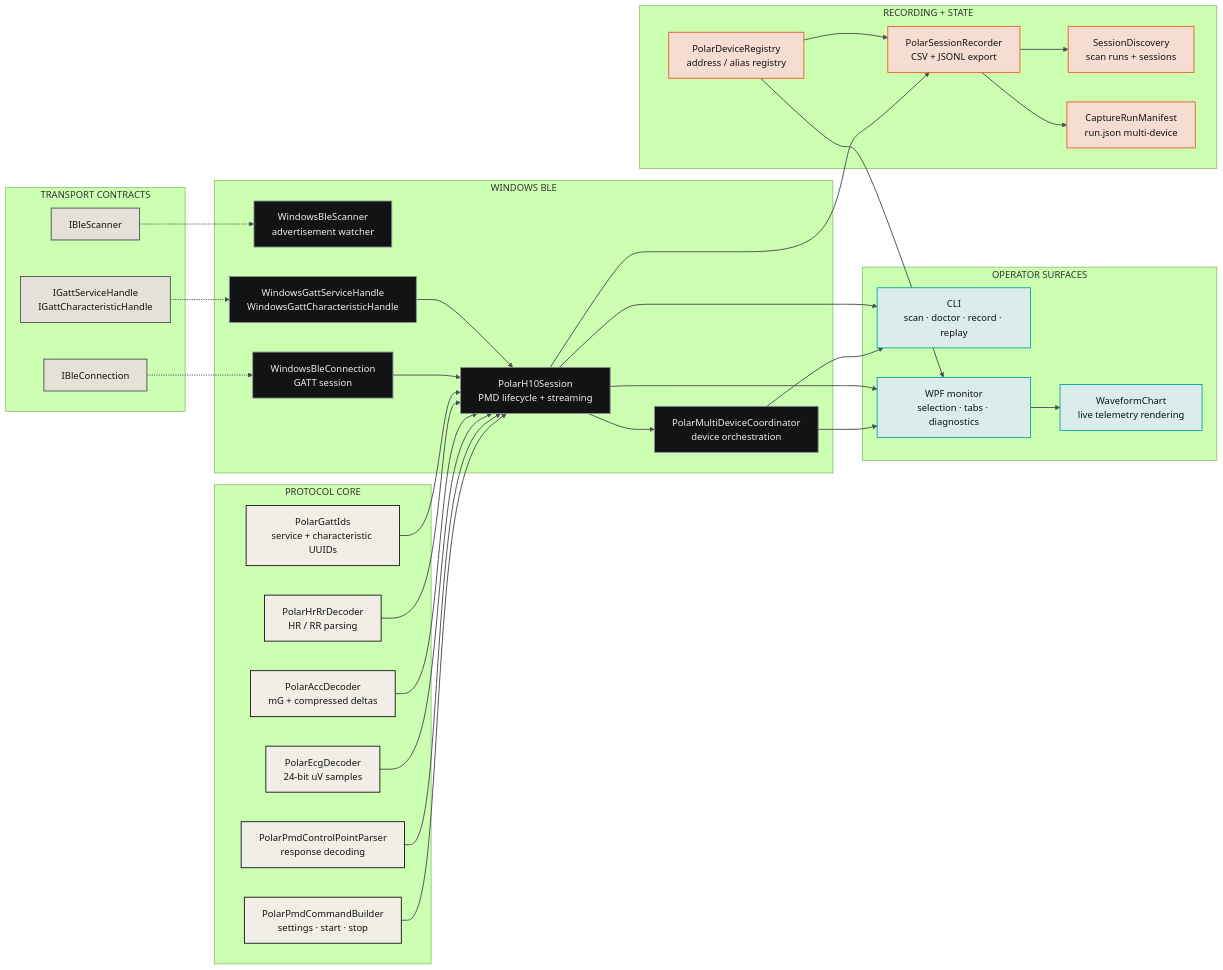
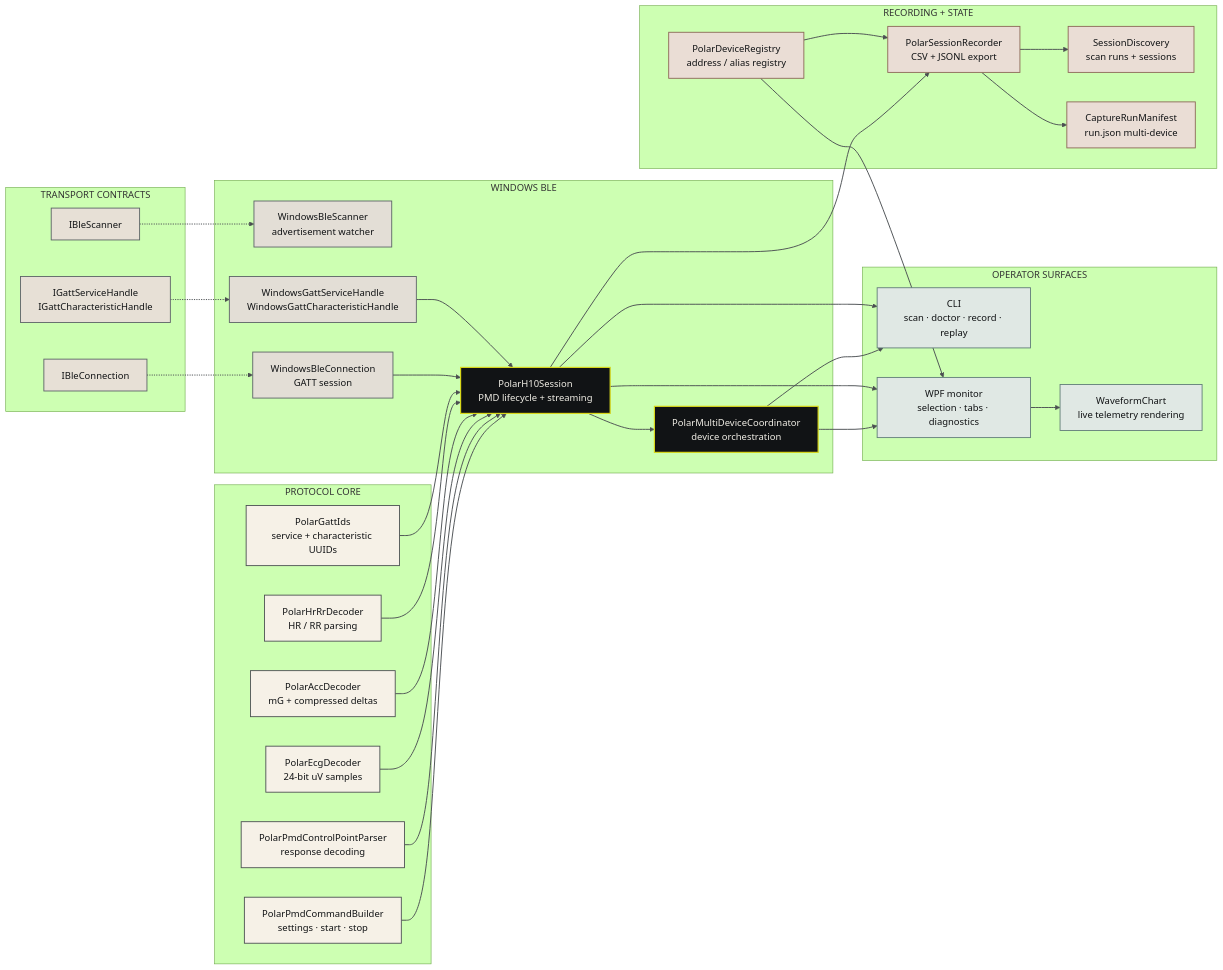
Before and after one commit to MesmerPrism/PolarH10: the diagram in docs/diagrams/code-architecture.mmd, drawn with Mermaid (forest theme). The commit also changed 11 other files, not shown here.

Commit message:
Soften Mermaid palette and viewer backgrounds

```diff
--- a/docs/diagrams/code-architecture.mmd
+++ b/docs/diagrams/code-architecture.mmd
@@ -1,74 +1,76 @@
 %% Code architecture - subsystem level.
 %% Optimized for Pages viewer and GitHub README rendering.
 
 flowchart LR
     subgraph Protocol["PROTOCOL CORE"]
         EC["PolarEcgDecoder<br/>24-bit uV samples"]
         AC["PolarAccDecoder<br/>mG + compressed deltas"]
         HR["PolarHrRrDecoder<br/>HR / RR parsing"]
         PMD["PolarPmdCommandBuilder<br/>settings · start · stop"]
         CP["PolarPmdControlPointParser<br/>response decoding"]
         GID["PolarGattIds<br/>service + characteristic UUIDs"]
     end
 
     subgraph Transport["TRANSPORT CONTRACTS"]
         IS["IBleScanner"]
         IC["IBleConnection"]
         IG["IGattServiceHandle<br/>IGattCharacteristicHandle"]
     end
 
     subgraph Windows["WINDOWS BLE"]
         WS["WindowsBleScanner<br/>advertisement watcher"]
         WC["WindowsBleConnection<br/>GATT session"]
         WG["WindowsGattServiceHandle<br/>WindowsGattCharacteristicHandle"]
         SE["PolarH10Session<br/>PMD lifecycle + streaming"]
         CO["PolarMultiDeviceCoordinator<br/>device orchestration"]
     end
 
     subgraph Recording["RECORDING + STATE"]
         RE["PolarSessionRecorder<br/>CSV + JSONL export"]
         SD["SessionDiscovery<br/>scan runs + sessions"]
         MA["CaptureRunManifest<br/>run.json multi-device"]
         DR["PolarDeviceRegistry<br/>address / alias registry"]
     end
 
     subgraph Surfaces["OPERATOR SURFACES"]
         C1["CLI<br/>scan · doctor · record · replay"]
         G1["WPF monitor<br/>selection · tabs · diagnostics"]
         G2["WaveformChart<br/>live telemetry rendering"]
     end
 
     PMD --> SE
     CP --> SE
     EC --> SE
     AC --> SE
     HR --> SE
     GID --> SE
     IS -.-> WS
     IC -.-> WC
     IG -.-> WG
     WC --> SE
     WG --> SE
     SE --> CO
     SE --> RE
     RE --> SD
     RE --> MA
     DR --> RE
     DR --> G1
     CO --> C1
     CO --> G1
     SE --> C1
     SE --> G1
     G1 --> G2
 
-    classDef core fill:#F1EEE6,stroke:#111315,color:#111315,stroke-width:1.5px;
-    classDef contracts fill:#E6E1D7,stroke:#4B4F52,color:#111315,stroke-width:1.5px;
-    classDef windows fill:#111315,stroke:#8A8E91,color:#F1EEE6,stroke-width:1.5px;
-    classDef record fill:#F6DDD2,stroke:#F05A22,color:#111315,stroke-width:1.5px;
-    classDef surface fill:#DCECEB,stroke:#00A7A0,color:#111315,stroke-width:1.5px;
+    classDef core fill:#F6F1E7,stroke:#4B4F52,color:#111315,stroke-width:1.5px;
+    classDef contracts fill:#E7E0D6,stroke:#5B6266,color:#111315,stroke-width:1.5px;
+    classDef windows fill:#E3DED6,stroke:#5B6266,color:#111315,stroke-width:1.5px;
+    classDef active fill:#111315,stroke:#D8D61A,color:#F1EEE6,stroke-width:2px;
+    classDef record fill:#EADDD5,stroke:#8B6656,color:#111315,stroke-width:1.5px;
+    classDef surface fill:#E0E8E4,stroke:#607C78,color:#111315,stroke-width:1.5px;
     class EC,AC,HR,PMD,CP,GID core;
     class IS,IC,IG contracts;
-    class WS,WC,WG,SE,CO windows;
+    class WS,WC,WG windows;
+    class SE,CO active;
     class RE,SD,MA,DR record;
     class C1,G1,G2 surface;
     linkStyle default stroke:#4B4F52,stroke-width:1.6px;
```
